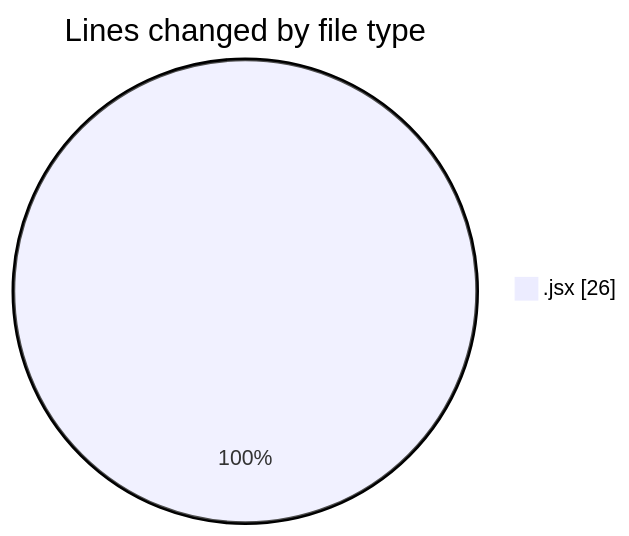
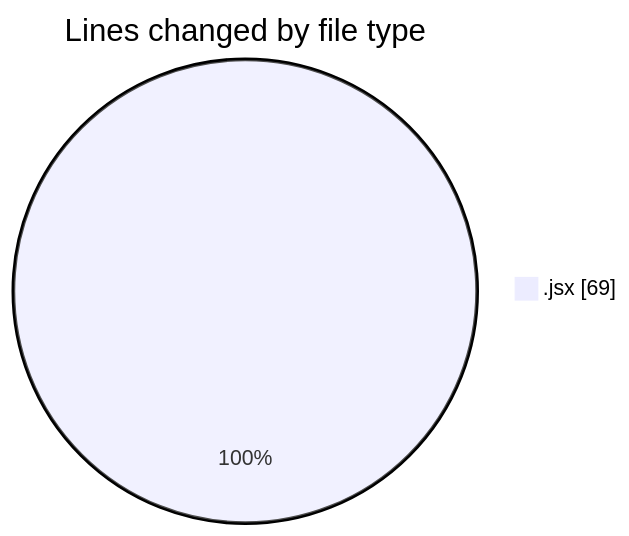
The first of 2 diagrams in 2025-05-16/argos-dev/README.md (nxtqubesakshisongat/code-tracking), drawn with Mermaid before and after one commit. The commit also changed other lines of this file and 1 other file, not shown here.

````diff
--- a/2025-05-16/argos-dev/README.md
+++ b/2025-05-16/argos-dev/README.md
@@ -20,5 +20,5 @@
 ```mermaid
 pie showData
 title Lines changed by file type
-".jsx" : 26
+".jsx" : 69
 ```
````
